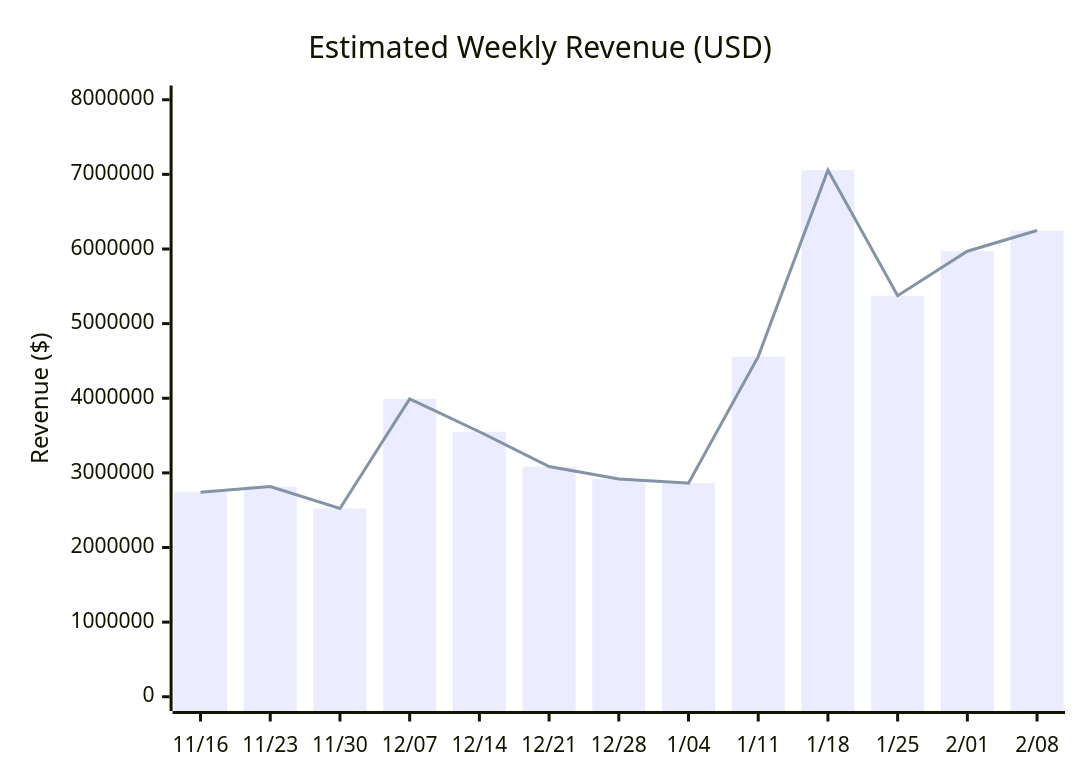
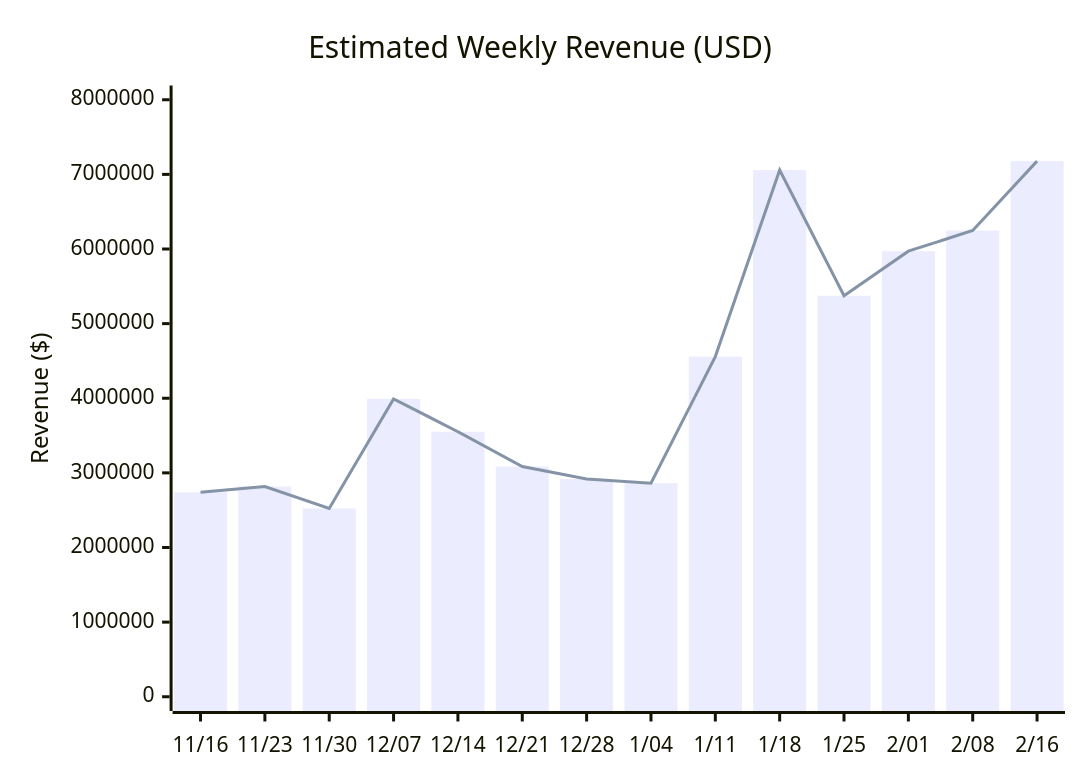
Before and after one commit to johnbean393/openrouter-inference-stats: the first of 4 diagrams in README.md, drawn with Mermaid. The commit also changed other lines of this file and 1 other file, not shown here.

````diff
--- a/README.md
+++ b/README.md
@@ -17,8 +17,8 @@
 ```mermaid
 xychart-beta
     title "Estimated Weekly Revenue (USD)"
-    x-axis ["11/16", "11/23", "11/30", "12/07", "12/14", "12/21", "12/28", "1/04", "1/11", "1/18", "1/25", "2/01", "2/08"]
+    x-axis ["11/16", "11/23", "11/30", "12/07", "12/14", "12/21", "12/28", "1/04", "1/11", "1/18", "1/25", "2/01", "2/08", "2/16"]
     y-axis "Revenue ($)" 0 --> 8000000
-    bar [2740620.94, 2816925.48, 2523142.13, 3991396.39, 3551394.6, 3084659.53, 2918272.88, 2862056.98, 4558077.75, 7057753.91, 5373700.56, 5970586.37, 6247827.58]
-    line [2740620.94, 2816925.48, 2523142.13, 3991396.39, 3551394.6, 3084659.53, 2918272.88, 2862056.98, 4558077.75, 7057753.91, 5373700.56, 5970586.37, 6247827.58]
+    bar [2740620.94, 2816925.48, 2523142.13, 3991396.39, 3551394.6, 3084659.53, 2918272.88, 2862056.98, 4558077.75, 7057753.91, 5373700.56, 5970586.37, 6247827.58, 7177565.34]
+    line [2740620.94, 2816925.48, 2523142.13, 3991396.39, 3551394.6, 3084659.53, 2918272.88, 2862056.98, 4558077.75, 7057753.91, 5373700.56, 5970586.37, 6247827.58, 7177565.34]
 ```
````
